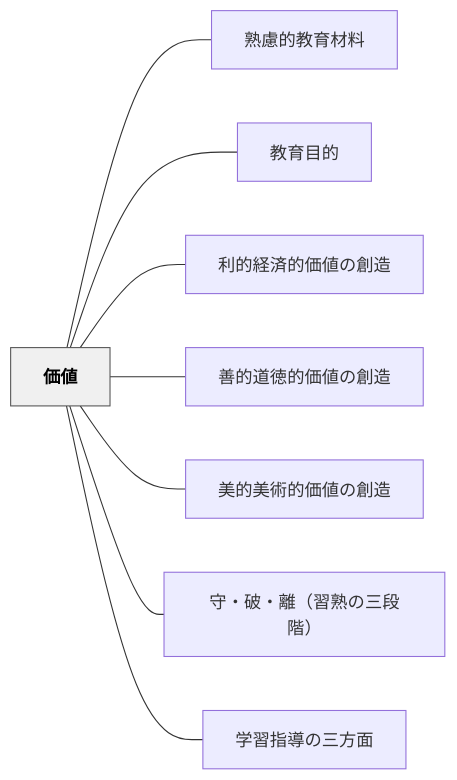
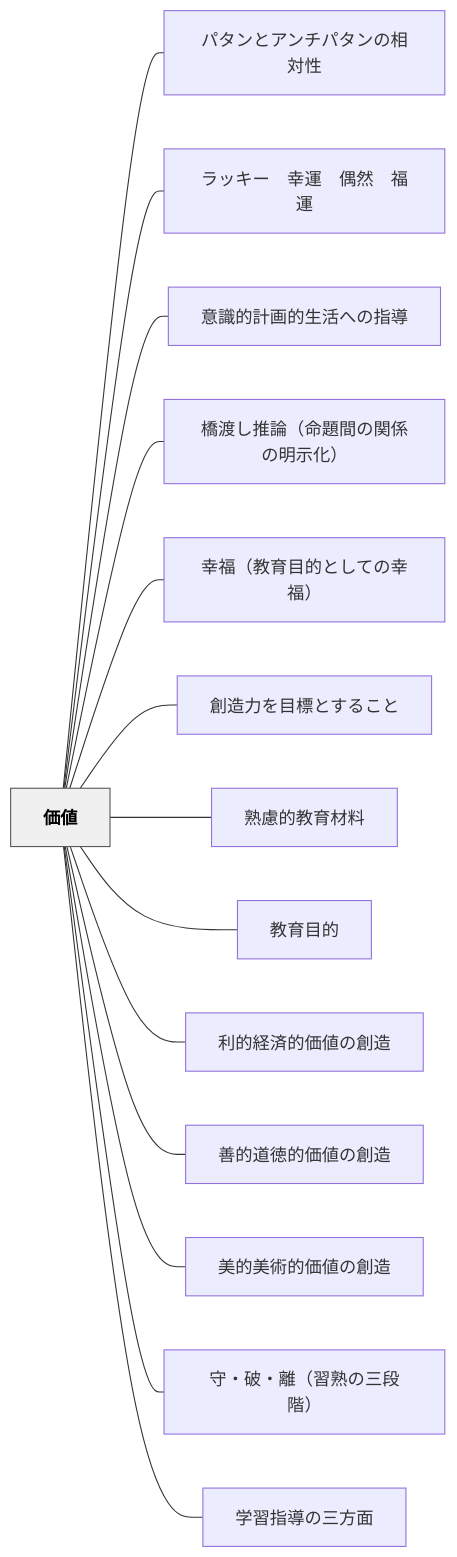
Before and after one commit to unknownthings-ed-patterns/unknownthings-ed-patterns: the diagram in content/パタン/価値.md, drawn with Mermaid. The commit also changed other lines of this file and 473 other files, not shown here.

````diff
--- a/content/パタン/価値.md
+++ b/content/パタン/価値.md
@@ -138,22 +144,34 @@
 ```mermaid
 flowchart LR
     ne4bea1e580a4["価値"]
+    ne38391e382bf["パタンとアンチパタンの相対性"]
+    ne383a9e38383["ラッキー　幸運　偶然　福運"]
+    ne6848fe8ad98["意識的計画的生活への指導"]
+    ne6a98be6b8a1["橋渡し推論（命題間の関係の明示化）"]
+    ne5b9b8e7a68f["幸福（教育目的としての幸福）"]
+    ne589b5e980a0["創造力を目標とすること"]
     ne7869fe685ae["熟慮的教育材料"]
     ne69599e882b2["教育目的"]
     ne588a9e79a84["利的経済的価値の創造"]
     ne59684e79a84["善的道徳的価値の創造"]
     ne7be8ee79a84["美的美術的価値の創造"]
     ne5ae88e383bb["守・破・離（習熟の三段階）"]
     ne5ada6e7bf92["学習指導の三方面"]
 
+    ne4bea1e580a4 --- ne38391e382bf
+    ne4bea1e580a4 --- ne383a9e38383
+    ne4bea1e580a4 --- ne6848fe8ad98
+    ne4bea1e580a4 --- ne6a98be6b8a1
+    ne4bea1e580a4 --- ne5b9b8e7a68f
+    ne4bea1e580a4 --- ne589b5e980a0
     ne4bea1e580a4 --- ne7869fe685ae
     ne4bea1e580a4 --- ne69599e882b2
     ne4bea1e580a4 --- ne588a9e79a84
     ne4bea1e580a4 --- ne59684e79a84
     ne4bea1e580a4 --- ne7be8ee79a84
     ne4bea1e580a4 --- ne5ae88e383bb
     ne4bea1e580a4 --- ne5ada6e7bf92
 
     classDef hub fill:#f0f0f0,stroke:#555,color:#000,font-weight:bold
     class ne4bea1e580a4 hub
 ```
````
